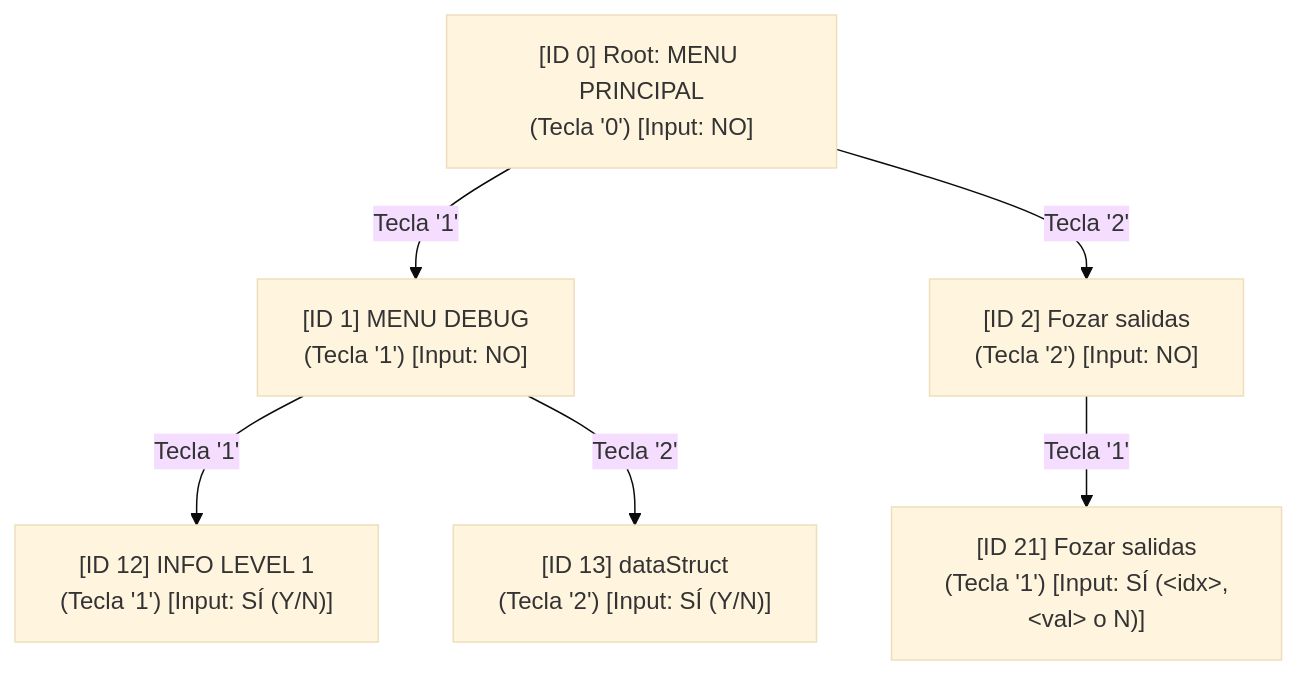
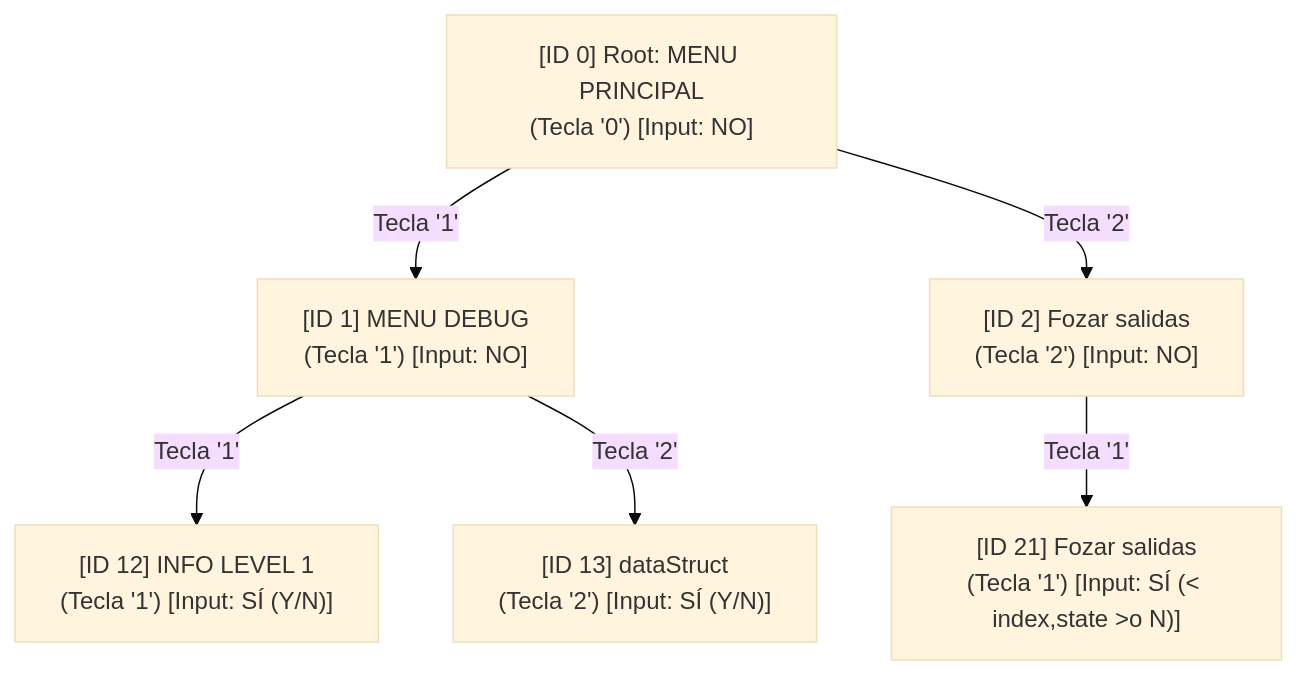
The second of 3 diagrams in readme.md (SegFL/TramBusTracker), drawn with Mermaid (base theme) before and after one commit. The commit also changed 20 other files, not shown here.

````diff
--- a/readme.md
+++ b/readme.md
@@ -70,22 +70,22 @@
 ```mermaid
 
 graph TD
     ID0["[ID 0] Root: MENU PRINCIPAL<br/>(Tecla '0') [Input: NO]"]
     
     ID1["[ID 1] MENU DEBUG<br/>(Tecla '1') [Input: NO]"]
     ID2["[ID 2] Fozar salidas<br/>(Tecla '2') [Input: NO]"]
     
     ID12["[ID 12] INFO LEVEL 1<br/>(Tecla '1') [Input: SÍ (Y/N)]"]
     ID13["[ID 13] dataStruct<br/>(Tecla '2') [Input: SÍ (Y/N)]"]
     
-    ID21["[ID 21] Fozar salidas<br/>(Tecla '1') [Input: SÍ (&lt;idx&gt;,&lt;val&gt; o N)]"]
+    ID21["[ID 21] Fozar salidas<br/>(Tecla '1') [Input: SÍ (< index,state >o N)]"]
 
     ID0 -->|Tecla '1'| ID1
     ID0 -->|Tecla '2'| ID2
     
     ID1 -->|Tecla '1'| ID12
     ID1 -->|Tecla '2'| ID13
     
     ID2 -->|Tecla '1'| ID21 
 
 ```
````
